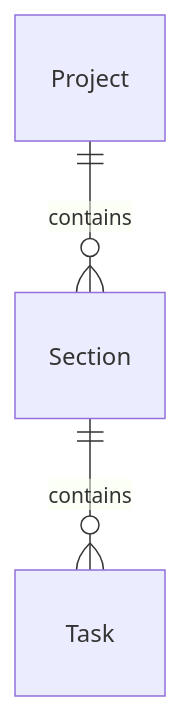
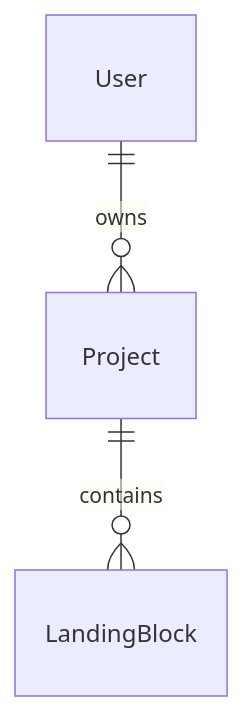
The diagram in README.md (tmartin87/orlune), drawn with Mermaid before and after one commit. The commit also changed other lines of this file, not shown here.

First line of the commit message:
Revise README for project overview and features

````diff
--- a/README.md
+++ b/README.md
@@ -100,5 +157,5 @@
 ```mermaid
 erDiagram
-    Project ||--o{ Section : contains
-    Section ||--o{ Task : contains
+    User ||--o{ Project : owns
+    Project ||--o{ LandingBlock : contains
 ```
````
